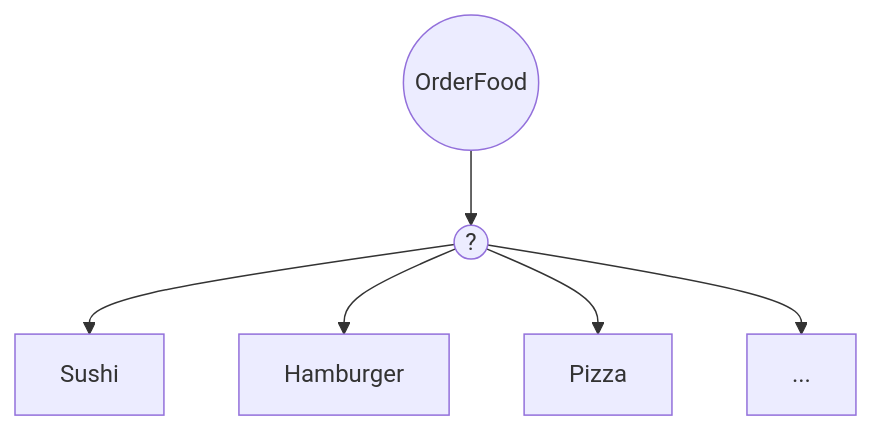
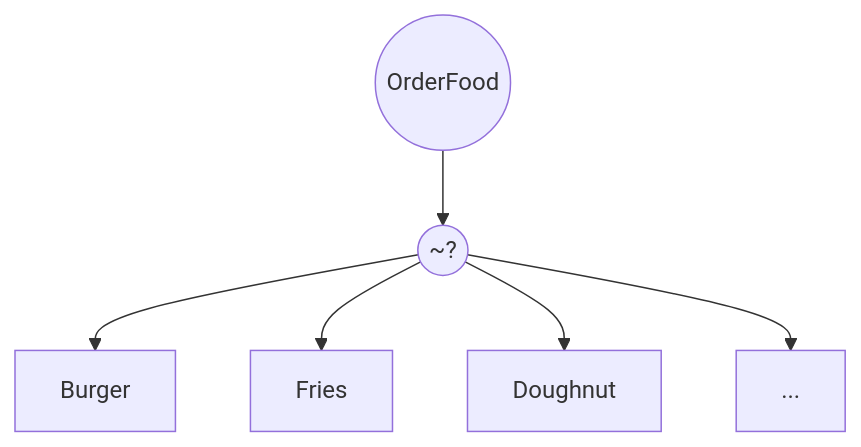
Before and after one commit to LauraWangQiu/IAV24-WangQiu: the second of 5 diagrams in README.md, drawn with Mermaid. The commit also changed other lines of this file, not shown here.

````diff
--- a/README.md
+++ b/README.md
@@ -93,8 +85,8 @@
 ```mermaid
 flowchart TD
-    A(("OrderFood")) --> B(("?"))
-    B -->C[Sushi]
-    B -->D[Hamburger]
-    B -->E[Pizza]
+    A(("OrderFood")) --> B(("~?"))
+    B -->C[Burger]
+    B -->D[Fries]
+    B -->E[Doughnut]
     B -->F[...]
 ```
````
